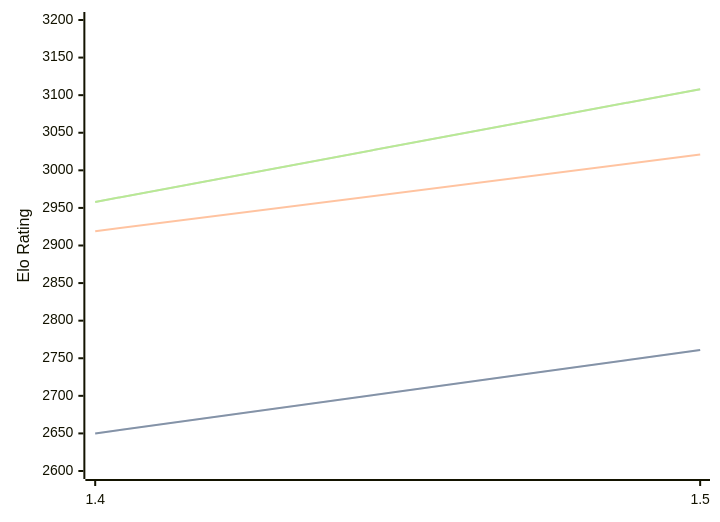
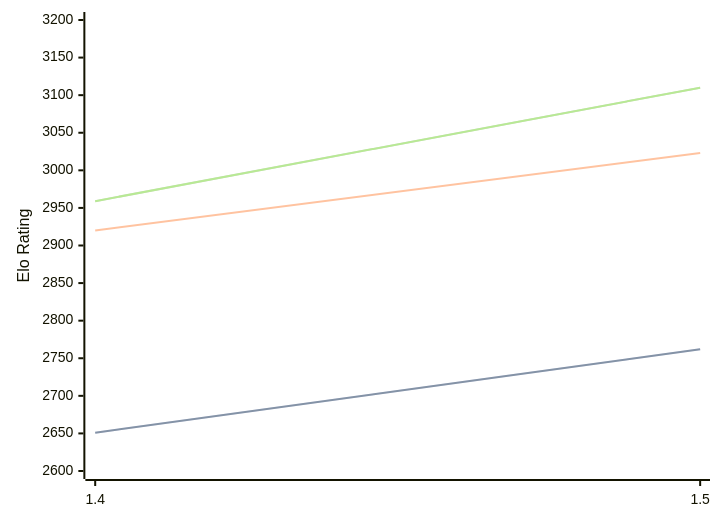
One commit to computer-chess-index/cci changed the diagram in engines/Yakka.md. Above: the diagram before and after it, drawn with Mermaid. The commit also changed other lines of this file, not shown here.

Commit message:
Update CCI Ratings (ELO VLTC) - 2026-09-01

````diff
--- a/engines/Yakka.md
+++ b/engines/Yakka.md
@@ -32,11 +32,11 @@
 ```mermaid
 %%{init: {"theme":"base","themeVariables":{"seriesColors:['#a3a3a3','#222221','#faa371']}}}%%
 xychart-beta
   x-axis ["1.4", "1.5"]
   y-axis "Elo Rating" 2600 --> 3200
-  line "" [2650, 2761]
-  line "STC (8.0+0.08s)" [2650, 2761]
-  line "LTC (60.0+0.60s)" [2919, 3021]
-  line "" [2958, 3108]
-  line "VLTC (2m24s+1.12s)" [2958, 3108]
+  line "" [2651, 2762]
+  line "STC (8.0+0.08s)" [2651, 2762]
+  line "LTC (60.0+0.60s)" [2920, 3023]
+  line "" [2959, 3110]
+  line "VLTC (2m24s+1.12s)" [2959, 3110]
 ```
````
